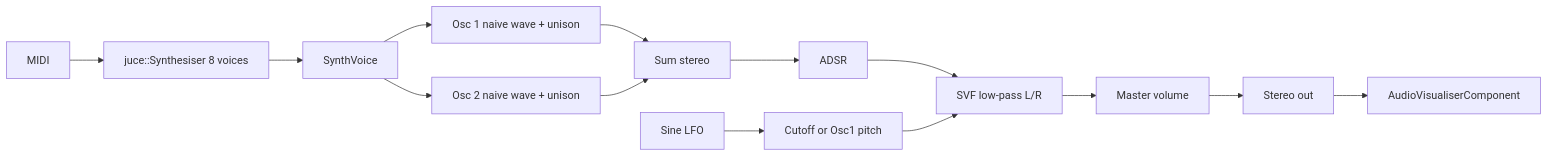
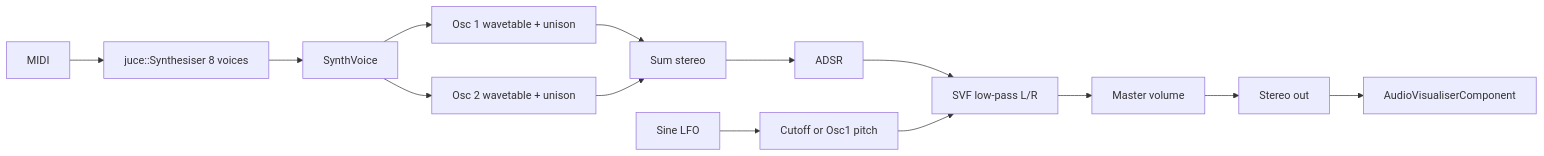
Before and after one commit to mohamed-bdira/Cortexia: the diagram in PROGRESS.md, drawn with Mermaid. The commit also changed other lines of this file and 16 other files, not shown here.

````diff
--- a/PROGRESS.md
+++ b/PROGRESS.md
@@ -55,16 +56,16 @@
 ```mermaid
 flowchart LR
   MIDI --> Synth["juce::Synthesiser 8 voices"]
   Synth --> Voice[SynthVoice]
-  Voice --> Osc1["Osc 1 naive wave + unison"]
-  Voice --> Osc2["Osc 2 naive wave + unison"]
+  Voice --> Osc1["Osc 1 wavetable + unison"]
+  Voice --> Osc2["Osc 2 wavetable + unison"]
   Osc1 --> Mix[Sum stereo]
   Osc2 --> Mix
   Mix --> ADSR
   ADSR --> SVF["SVF low-pass L/R"]
   LFO["Sine LFO"] --> CutoffOrPitch["Cutoff or Osc1 pitch"]
   CutoffOrPitch --> SVF
   SVF --> Master["Master volume"]
   Master --> Out[Stereo out]
   Out --> Scope["AudioVisualiserComponent"]
 ```
````
